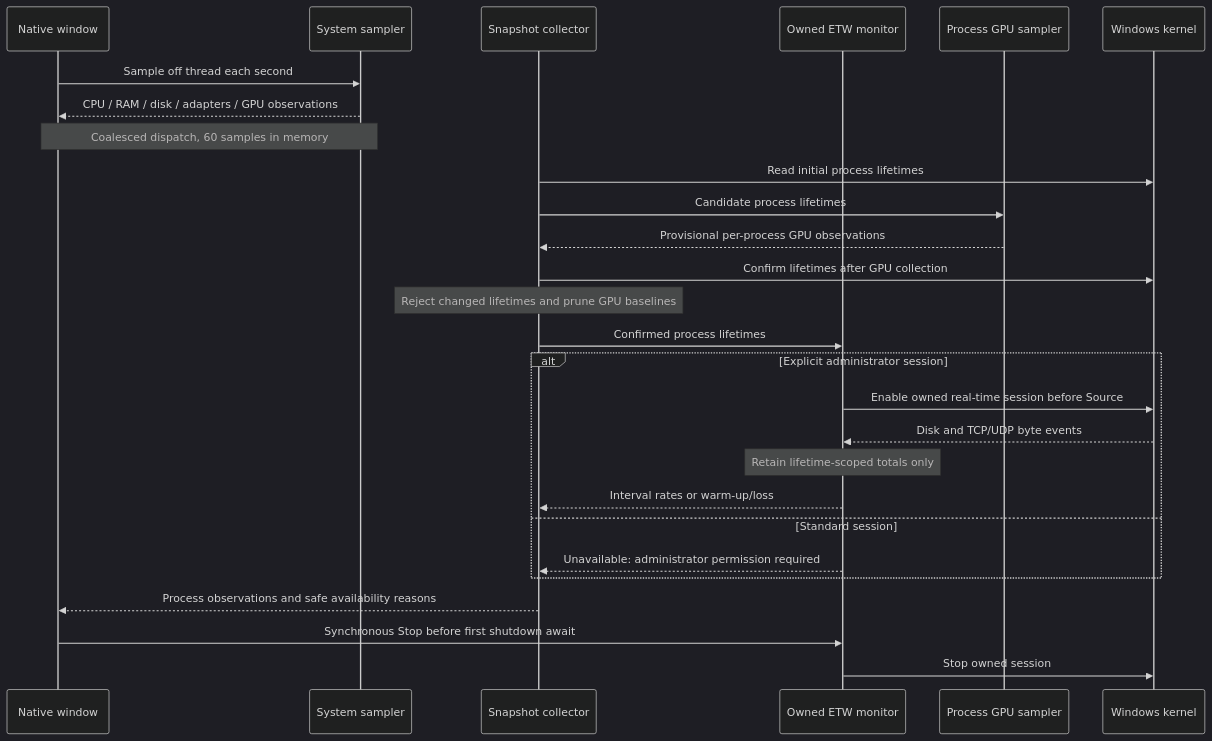
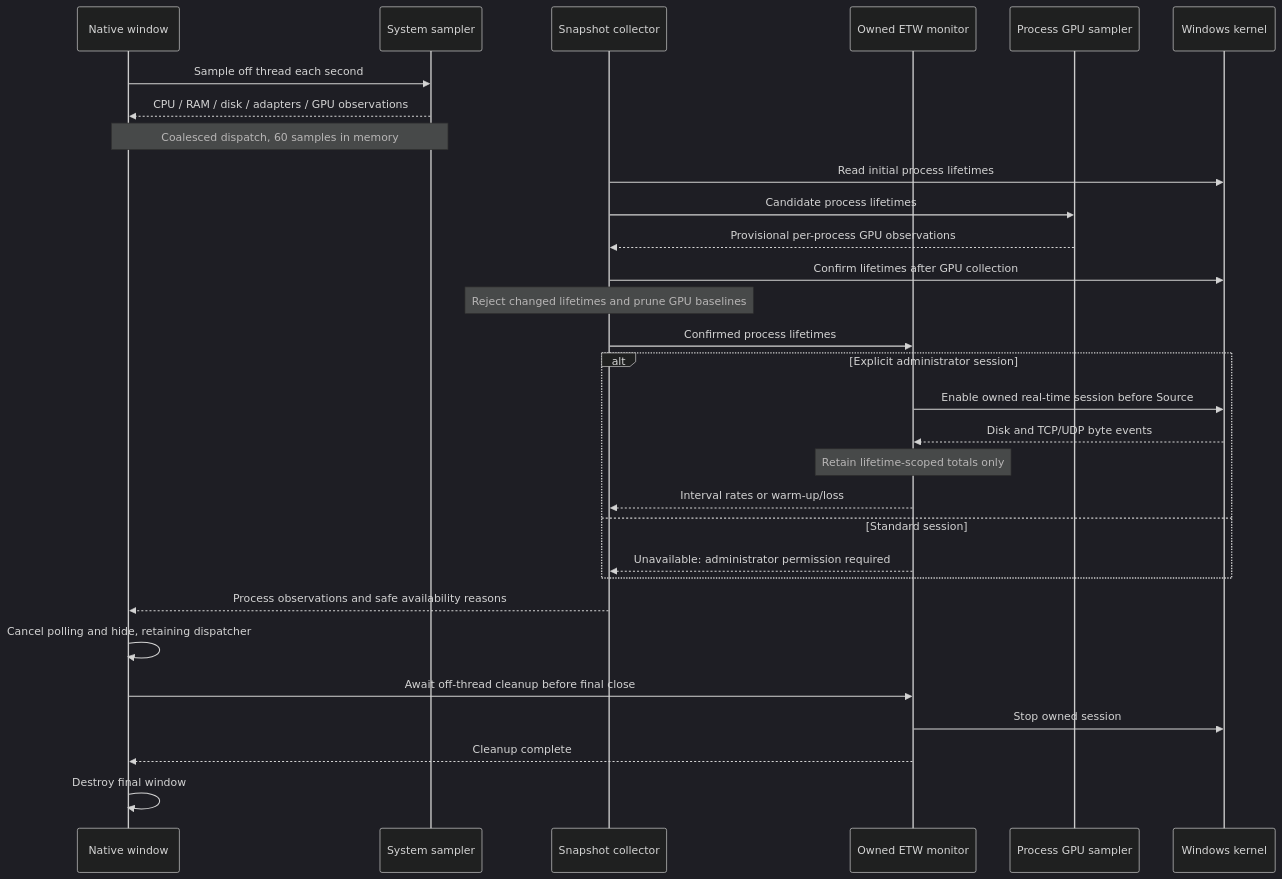
Before and after one commit to kiforsbe/procsight: the sixth of 31 diagrams in ARCHITECTURE.md, drawn with Mermaid (dark theme). The commit also changed other lines of this file and 34 other files, not shown here.

````diff
--- a/ARCHITECTURE.md
+++ b/ARCHITECTURE.md
@@ -294,29 +300,32 @@
 ```mermaid
 sequenceDiagram
     participant UI as Native window
     participant System as System sampler
     participant Collector as Snapshot collector
     participant IO as Owned ETW monitor
     participant GPU as Process GPU sampler
     participant Kernel as Windows kernel
     UI->>System: Sample off thread each second
     System-->>UI: CPU / RAM / disk / adapters / GPU observations
     Note over UI,System: Coalesced dispatch, 60 samples in memory
     Collector->>Kernel: Read initial process lifetimes
     Collector->>GPU: Candidate process lifetimes
     GPU-->>Collector: Provisional per-process GPU observations
     Collector->>Kernel: Confirm lifetimes after GPU collection
     Note over Collector: Reject changed lifetimes and prune GPU baselines
     Collector->>IO: Confirmed process lifetimes
     alt Explicit administrator session
         IO->>Kernel: Enable owned real-time session before Source
         Kernel-->>IO: Disk and TCP/UDP byte events
         Note over IO: Retain lifetime-scoped totals only
         IO-->>Collector: Interval rates or warm-up/loss
     else Standard session
         IO-->>Collector: Unavailable: administrator permission required
     end
     Collector-->>UI: Process observations and safe availability reasons
-    UI->>IO: Synchronous Stop before first shutdown await
+    UI->>UI: Cancel polling and hide, retaining dispatcher
+    UI->>IO: Await off-thread cleanup before final close
     IO->>Kernel: Stop owned session
+    IO-->>UI: Cleanup complete
+    UI->>UI: Destroy final window
 ```
````
